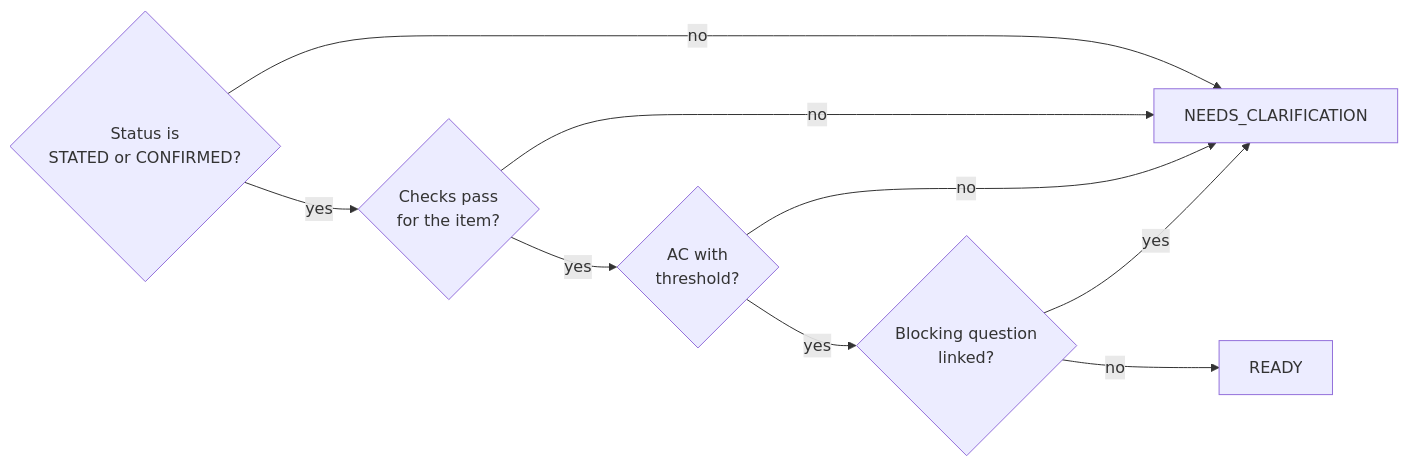
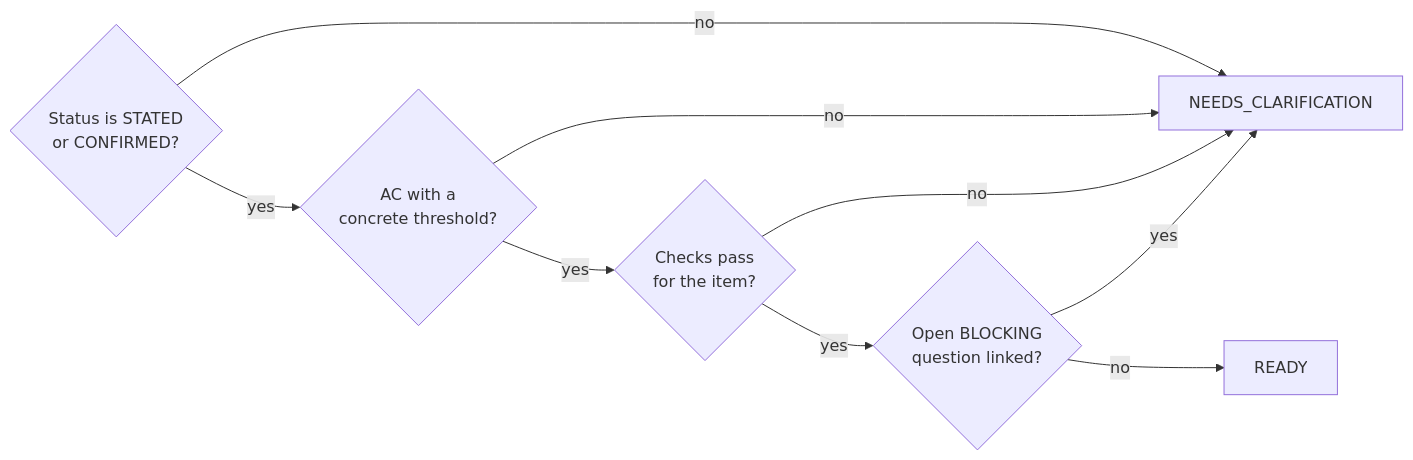
One commit to Anilkumark17/MCP-Skill-integration changed the sixth of 12 diagrams in README.md. Above: the diagram before and after it, drawn with Mermaid. The commit also changed other lines of this file and 15 other files, not shown here.

````diff
--- a/README.md
+++ b/README.md
@@ -60,11 +136,11 @@
 ```mermaid
 flowchart LR
-    S{Status is<br/>STATED or CONFIRMED?} -->|no| NC[NEEDS_CLARIFICATION]
-    S -->|yes| P{Checks pass<br/>for the item?}
-    P -->|no| NC
-    P -->|yes| A{AC with<br/>threshold?}
+    S{"Status is STATED<br/>or CONFIRMED?"} -->|no| NC[NEEDS_CLARIFICATION]
+    S -->|yes| A{"AC with a<br/>concrete threshold?"}
     A -->|no| NC
-    A -->|yes| B{Blocking question<br/>linked?}
+    A -->|yes| C{"Checks pass<br/>for the item?"}
+    C -->|no| NC
+    C -->|yes| B{"Open BLOCKING<br/>question linked?"}
     B -->|yes| NC
     B -->|no| R[READY]
 ```
````
